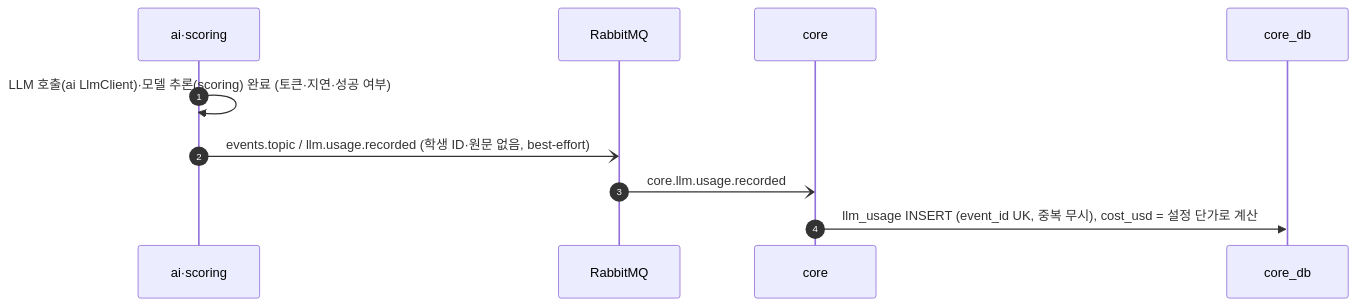
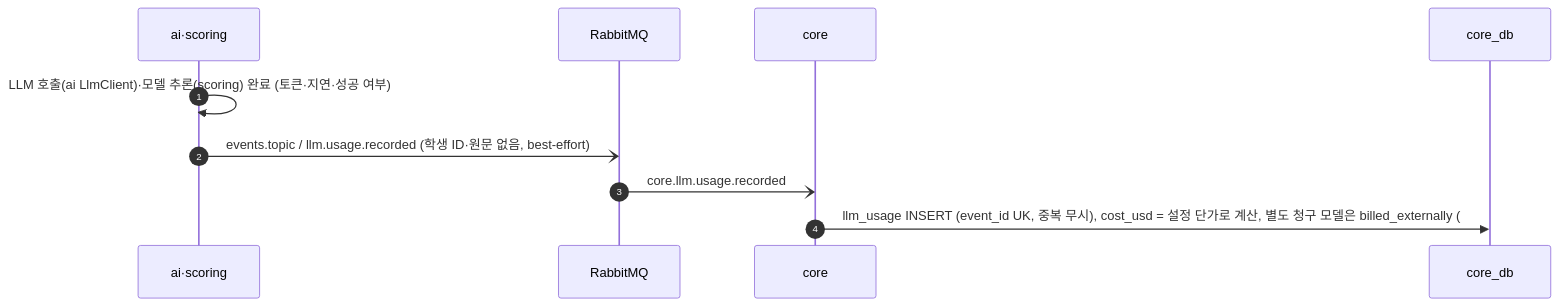
Before and after one commit to SKNETWORKS-FAMILY-AICAMP/SKN34-FINAL-3TEAM: diagram 40 of 42 in docs/design/sequence-diagram.md, drawn with Mermaid. The commit also changed 23 other files, not shown here.

````diff
--- a/docs/design/sequence-diagram.md
+++ b/docs/design/sequence-diagram.md
@@ -1689,13 +1689,13 @@
 ```mermaid
 sequenceDiagram
   autonumber
   participant A as ai·scoring
   participant MQ as RabbitMQ
   participant C as core
   participant DB as core_db
 
   A->>A: LLM 호출(ai LlmClient)·모델 추론(scoring) 완료 (토큰·지연·성공 여부)
   A-)MQ: events.topic / llm.usage.recorded (학생 ID·원문 없음, best-effort)
   MQ-)C: core.llm.usage.recorded
-  C->>DB: llm_usage INSERT (event_id UK, 중복 무시), cost_usd = 설정 단가로 계산
+  C->>DB: llm_usage INSERT (event_id UK, 중복 무시), cost_usd = 설정 단가로 계산, 별도 청구 모델은 billed_externally (#764)
 ```
````
